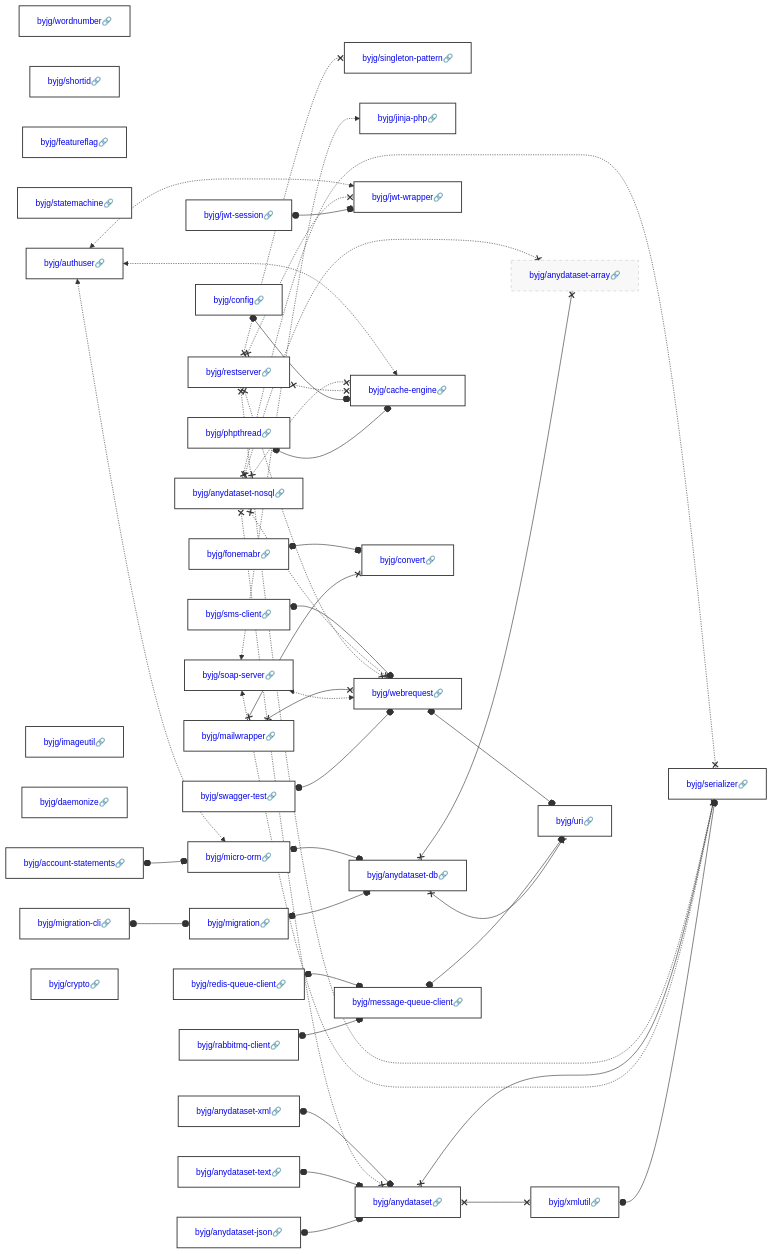
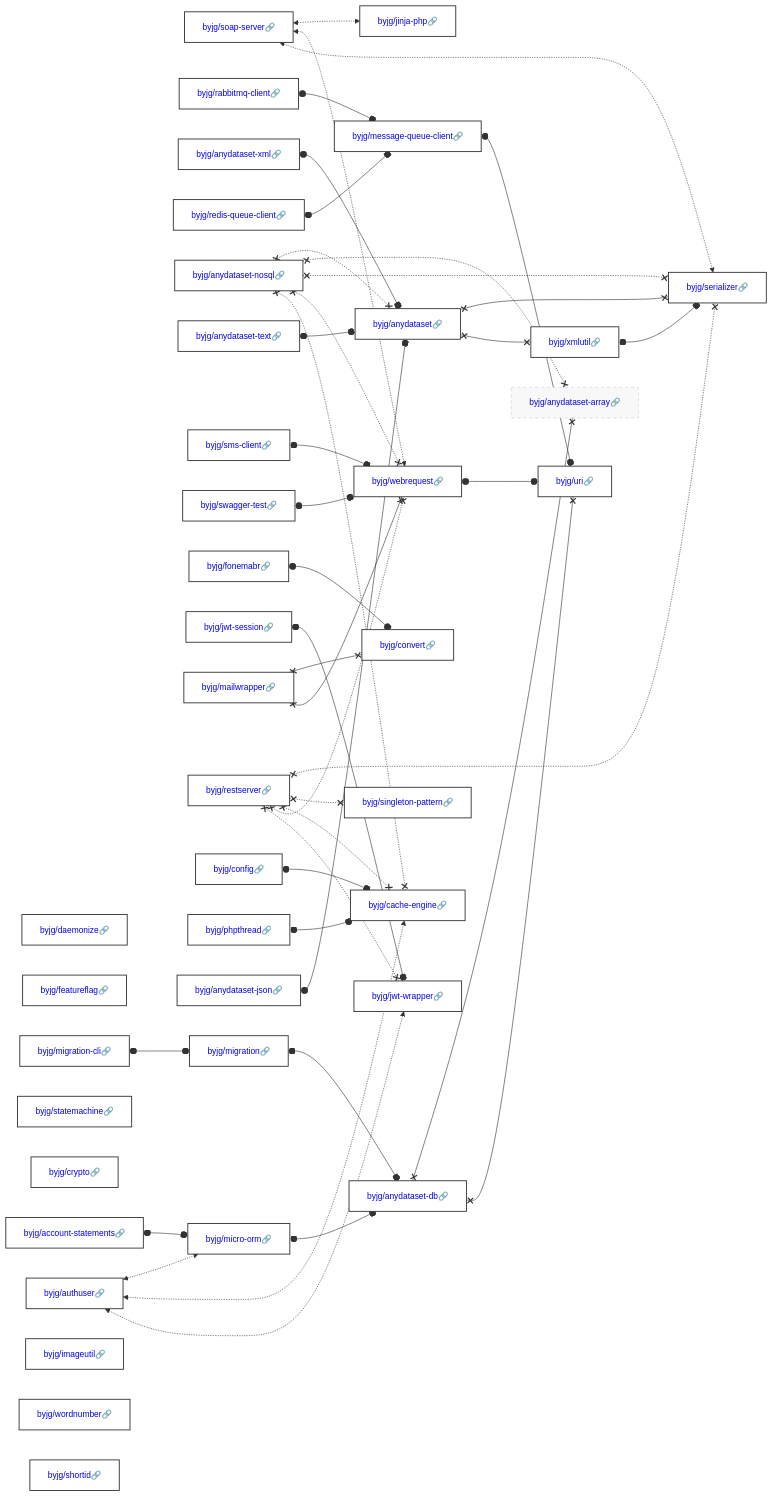
One commit to byjg/byjg.github.io changed the diagram in docs/php/README.md. Above: the diagram before and after it, drawn with Mermaid. The commit also changed other lines of this file, not shown here.

Commit message:
Update documentation 'php' 'php-jinja'

````diff
--- a/docs/php/README.md
+++ b/docs/php/README.md
@@ -3,40 +3,40 @@
 ```mermaid
 graph LR;
+  byjg/daemonize[<a href='https://opensource.byjg.com/docs/php/daemonize' style='text-decoration:none'>byjg/daemonize🔗</a>];
+  byjg/soap-server[<a href='https://opensource.byjg.com/docs/php/soap-server' style='text-decoration:none'>byjg/soap-server🔗</a>];
+  byjg/featureflag[<a href='https://opensource.byjg.com/docs/php/featureflag' style='text-decoration:none'>byjg/featureflag🔗</a>];
+  byjg/rabbitmq-client[<a href='https://opensource.byjg.com/docs/php/rabbitmq-client' style='text-decoration:none'>byjg/rabbitmq-client🔗</a>];
+  byjg/anydataset-xml[<a href='https://opensource.byjg.com/docs/php/anydataset-xml' style='text-decoration:none'>byjg/anydataset-xml🔗</a>];
+  byjg/authuser[<a href='https://opensource.byjg.com/docs/php/authuser' style='text-decoration:none'>byjg/authuser🔗</a>];
+  byjg/redis-queue-client[<a href='https://opensource.byjg.com/docs/php/redis-queue-client' style='text-decoration:none'>byjg/redis-queue-client🔗</a>];
+  byjg/statemachine[<a href='https://opensource.byjg.com/docs/php/statemachine' style='text-decoration:none'>byjg/statemachine🔗</a>];
+  byjg/anydataset-nosql[<a href='https://opensource.byjg.com/docs/php/anydataset-nosql' style='text-decoration:none'>byjg/anydataset-nosql🔗</a>];
+  byjg/crypto[<a href='https://opensource.byjg.com/docs/php/crypto' style='text-decoration:none'>byjg/crypto🔗</a>];
+  byjg/account-statements[<a href='https://opensource.byjg.com/docs/php/account-statements' style='text-decoration:none'>byjg/account-statements🔗</a>];
+  byjg/anydataset-text[<a href='https://opensource.byjg.com/docs/php/anydataset-text' style='text-decoration:none'>byjg/anydataset-text🔗</a>];
+  byjg/migration-cli[<a href='https://opensource.byjg.com/docs/php/migration-cli' style='text-decoration:none'>byjg/migration-cli🔗</a>];
+  byjg/sms-client[<a href='https://opensource.byjg.com/docs/php/sms-client' style='text-decoration:none'>byjg/sms-client🔗</a>];
+  byjg/swagger-test[<a href='https://opensource.byjg.com/docs/php/swagger-test' style='text-decoration:none'>byjg/swagger-test🔗</a>];
+  byjg/imageutil[<a href='https://opensource.byjg.com/docs/php/imageutil' style='text-decoration:none'>byjg/imageutil🔗</a>];
+  byjg/fonemabr[<a href='https://opensource.byjg.com/docs/php/fonemabr' style='text-decoration:none'>byjg/fonemabr🔗</a>];
+  byjg/jwt-session[<a href='https://opensource.byjg.com/docs/php/jwt-session' style='text-decoration:none'>byjg/jwt-session🔗</a>];
+  byjg/mailwrapper[<a href='https://opensource.byjg.com/docs/php/mailwrapper' style='text-decoration:none'>byjg/mailwrapper🔗</a>];
+  byjg/restserver[<a href='https://opensource.byjg.com/docs/php/restserver' style='text-decoration:none'>byjg/restserver🔗</a>];
+  byjg/wordnumber[<a href='https://opensource.byjg.com/docs/php/wordnumber' style='text-decoration:none'>byjg/wordnumber🔗</a>];
+  byjg/shortid[<a href='https://opensource.byjg.com/docs/php/shortid' style='text-decoration:none'>byjg/shortid🔗</a>];
+  byjg/config[<a href='https://opensource.byjg.com/docs/php/config' style='text-decoration:none'>byjg/config🔗</a>];
+  byjg/phpthread[<a href='https://opensource.byjg.com/docs/php/phpthread' style='text-decoration:none'>byjg/phpthread🔗</a>];
   byjg/anydataset-json[<a href='https://opensource.byjg.com/docs/php/anydataset-json' style='text-decoration:none'>byjg/anydataset-json🔗</a>];
-  byjg/swagger-test[<a href='https://opensource.byjg.com/docs/php/swagger-test' style='text-decoration:none'>byjg/swagger-test🔗</a>];
-  byjg/wordnumber[<a href='https://opensource.byjg.com/docs/php/wordnumber' style='text-decoration:none'>byjg/wordnumber🔗</a>];
-  byjg/restserver[<a href='https://opensource.byjg.com/docs/php/restserver' style='text-decoration:none'>byjg/restserver🔗</a>];
-  byjg/anydataset-text[<a href='https://opensource.byjg.com/docs/php/anydataset-text' style='text-decoration:none'>byjg/anydataset-text🔗</a>];
-  byjg/shortid[<a href='https://opensource.byjg.com/docs/php/shortid' style='text-decoration:none'>byjg/shortid🔗</a>];
-  byjg/anydataset-nosql[<a href='https://opensource.byjg.com/docs/php/anydataset-nosql' style='text-decoration:none'>byjg/anydataset-nosql🔗</a>];
-  byjg/featureflag[<a href='https://opensource.byjg.com/docs/php/featureflag' style='text-decoration:none'>byjg/featureflag🔗</a>];
-  byjg/jwt-session[<a href='https://opensource.byjg.com/docs/php/jwt-session' style='text-decoration:none'>byjg/jwt-session🔗</a>];
-  byjg/statemachine[<a href='https://opensource.byjg.com/docs/php/statemachine' style='text-decoration:none'>byjg/statemachine🔗</a>];
-  byjg/redis-queue-client[<a href='https://opensource.byjg.com/docs/php/redis-queue-client' style='text-decoration:none'>byjg/redis-queue-client🔗</a>];
-  byjg/config[<a href='https://opensource.byjg.com/docs/php/config' style='text-decoration:none'>byjg/config🔗</a>];
-  byjg/mailwrapper[<a href='https://opensource.byjg.com/docs/php/mailwrapper' style='text-decoration:none'>byjg/mailwrapper🔗</a>];
-  byjg/sms-client[<a href='https://opensource.byjg.com/docs/php/sms-client' style='text-decoration:none'>byjg/sms-client🔗</a>];
-  byjg/account-statements[<a href='https://opensource.byjg.com/docs/php/account-statements' style='text-decoration:none'>byjg/account-statements🔗</a>];
-  byjg/imageutil[<a href='https://opensource.byjg.com/docs/php/imageutil' style='text-decoration:none'>byjg/imageutil🔗</a>];
-  byjg/soap-server[<a href='https://opensource.byjg.com/docs/php/soap-server' style='text-decoration:none'>byjg/soap-server🔗</a>];
-  byjg/daemonize[<a href='https://opensource.byjg.com/docs/php/daemonize' style='text-decoration:none'>byjg/daemonize🔗</a>];
-  byjg/migration-cli[<a href='https://opensource.byjg.com/docs/php/migration-cli' style='text-decoration:none'>byjg/migration-cli🔗</a>];
-  byjg/authuser[<a href='https://opensource.byjg.com/docs/php/authuser' style='text-decoration:none'>byjg/authuser🔗</a>];
-  byjg/crypto[<a href='https://opensource.byjg.com/docs/php/crypto' style='text-decoration:none'>byjg/crypto🔗</a>];
-  byjg/anydataset-xml[<a href='https://opensource.byjg.com/docs/php/anydataset-xml' style='text-decoration:none'>byjg/anydataset-xml🔗</a>];
-  byjg/phpthread[<a href='https://opensource.byjg.com/docs/php/phpthread' style='text-decoration:none'>byjg/phpthread🔗</a>];
-  byjg/fonemabr[<a href='https://opensource.byjg.com/docs/php/fonemabr' style='text-decoration:none'>byjg/fonemabr🔗</a>];
-  byjg/rabbitmq-client[<a href='https://opensource.byjg.com/docs/php/rabbitmq-client' style='text-decoration:none'>byjg/rabbitmq-client🔗</a>];
+  byjg/jinja-php[<a href='https://opensource.byjg.com/docs/php/jinja-php' style='text-decoration:none'>byjg/jinja-php🔗</a>];
+  byjg/message-queue-client[<a href='https://opensource.byjg.com/docs/php/message-queue-client' style='text-decoration:none'>byjg/message-queue-client🔗</a>];
+  byjg/micro-orm[<a href='https://opensource.byjg.com/docs/php/micro-orm' style='text-decoration:none'>byjg/micro-orm🔗</a>];
+  byjg/migration[<a href='https://opensource.byjg.com/docs/php/migration' style='text-decoration:none'>byjg/migration🔗</a>];
+  byjg/convert[<a href='https://opensource.byjg.com/docs/php/convert' style='text-decoration:none'>byjg/convert🔗</a>];
   byjg/singleton-pattern[<a href='https://opensource.byjg.com/docs/php/singleton-pattern' style='text-decoration:none'>byjg/singleton-pattern🔗</a>];
-  byjg/jinja-php[<a href='https://opensource.byjg.com/docs/php/jinja-php' style='text-decoration:none'>byjg/jinja-php🔗</a>];
   byjg/webrequest[<a href='https://opensource.byjg.com/docs/php/webrequest' style='text-decoration:none'>byjg/webrequest🔗</a>];
-  byjg/migration[<a href='https://opensource.byjg.com/docs/php/migration' style='text-decoration:none'>byjg/migration🔗</a>];
-  byjg/micro-orm[<a href='https://opensource.byjg.com/docs/php/micro-orm' style='text-decoration:none'>byjg/micro-orm🔗</a>];
   byjg/jwt-wrapper[<a href='https://opensource.byjg.com/docs/php/jwt-wrapper' style='text-decoration:none'>byjg/jwt-wrapper🔗</a>];
+  byjg/cache-engine[<a href='https://opensource.byjg.com/docs/php/cache-engine' style='text-decoration:none'>byjg/cache-engine🔗</a>];
   byjg/anydataset[<a href='https://opensource.byjg.com/docs/php/anydataset' style='text-decoration:none'>byjg/anydataset🔗</a>];
-  byjg/cache-engine[<a href='https://opensource.byjg.com/docs/php/cache-engine' style='text-decoration:none'>byjg/cache-engine🔗</a>];
-  byjg/convert[<a href='https://opensource.byjg.com/docs/php/convert' style='text-decoration:none'>byjg/convert🔗</a>];
-  byjg/message-queue-client[<a href='https://opensource.byjg.com/docs/php/message-queue-client' style='text-decoration:none'>byjg/message-queue-client🔗</a>];
   byjg/anydataset-db[<a href='https://opensource.byjg.com/docs/php/anydataset-db' style='text-decoration:none'>byjg/anydataset-db🔗</a>];
   byjg/xmlutil[<a href='https://opensource.byjg.com/docs/php/xmlutil' style='text-decoration:none'>byjg/xmlutil🔗</a>];
   byjg/anydataset-array[<a href='https://opensource.byjg.com/docs/php/anydataset-array' style='text-decoration:none'>byjg/anydataset-array🔗</a>];
````
